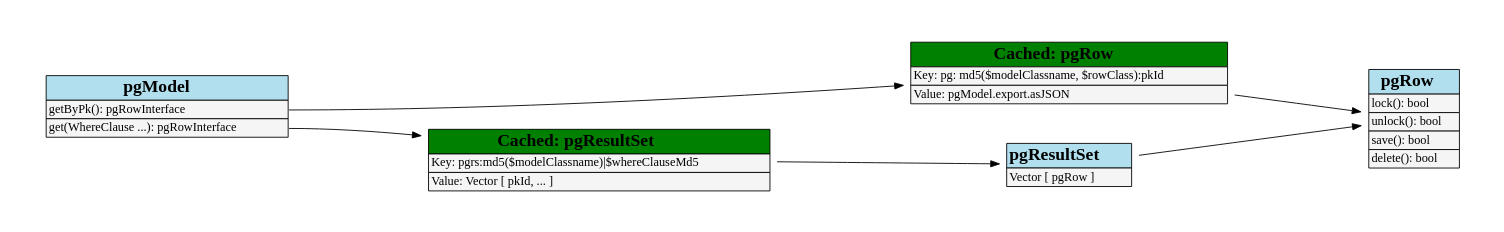
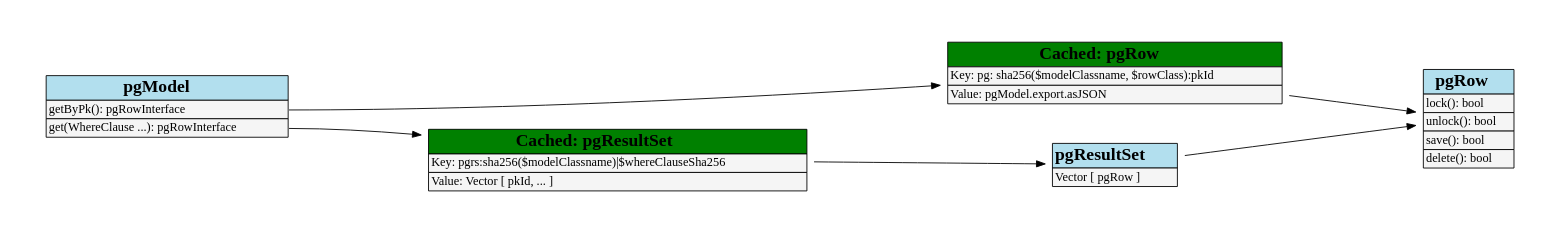
The diagram in docs/pg_data_workflow.dot (zynga/zynga-hacklang-framework), drawn with Graphviz before and after one commit. The commit also changed 7 other files, not shown here.

```diff
--- a/docs/pg_data_workflow.dot
+++ b/docs/pg_data_workflow.dot
@@ -1,63 +1,63 @@
 digraph {
     graph [pad="0.5", nodesep="0.5", ranksep="2"];
     node [shape=plain]
     rankdir=LR;
 
 
 pgModel [
 shape=none
 label=<
 <table border="0" cellborder="1" cellspacing="0">
  <tr><td bgcolor="lightblue2"><font face="Times-bold" point-size="20">pgModel</font></td></tr>
- <tr><td bgcolor="grey96" align="left" port="getByPk">getByPk(): pgRowInterface</td></tr> 
- <tr><td bgcolor="grey96" align="left" port="get">get(WhereClause ...): pgRowInterface</td></tr> 
+ <tr><td bgcolor="grey96" align="left" port="getByPk">getByPk(): pgRowInterface</td></tr>
+ <tr><td bgcolor="grey96" align="left" port="get">get(WhereClause ...): pgRowInterface</td></tr>
 </table>>];
 
 
 pgRow [
 shape=none
 label=<
 <table border="0" cellborder="1" cellspacing="0">
  <tr><td bgcolor="lightblue2"><font face="Times-bold" point-size="20">pgRow</font></td></tr>
- <tr><td bgcolor="grey96" align="left" port="lock">lock(): bool</td></tr> 
- <tr><td bgcolor="grey96" align="left" port="unlock">unlock(): bool</td></tr> 
- <tr><td bgcolor="grey96" align="left" port="save">save(): bool</td></tr>  
- <tr><td bgcolor="grey96" align="left" port="delete">delete(): bool</td></tr> 
+ <tr><td bgcolor="grey96" align="left" port="lock">lock(): bool</td></tr>
+ <tr><td bgcolor="grey96" align="left" port="unlock">unlock(): bool</td></tr>
+ <tr><td bgcolor="grey96" align="left" port="save">save(): bool</td></tr>
+ <tr><td bgcolor="grey96" align="left" port="delete">delete(): bool</td></tr>
 </table>>];
 
 pgResultSet [
 shape=none
 label=<
 <table border="0" cellborder="1" cellspacing="0">
  <tr><td bgcolor="lightblue2"><font face="Times-bold" point-size="20">pgResultSet</font></td></tr>
- <tr><td bgcolor="grey96" align="left" port="vector">Vector [ pgRow ]</td></tr> 
+ <tr><td bgcolor="grey96" align="left" port="vector">Vector [ pgRow ]</td></tr>
 </table>>];
 
 cachedPgRow [
 shape=none
 label=<
 <table border="0" cellborder="1" cellspacing="0">
  <tr><td bgcolor="green"><font face="Times-bold" point-size="20">Cached: pgRow</font></td></tr>
- <tr><td bgcolor="grey96" align="left" port="key">Key: pg: md5($modelClassname, $rowClass):pkId</td></tr>
+ <tr><td bgcolor="grey96" align="left" port="key">Key: pg: sha256($modelClassname, $rowClass):pkId</td></tr>
  <tr><td bgcolor="grey96" align="left" port="value">Value: pgModel.export.asJSON</td></tr>
 </table>>];
 
 
 cachedPgResultSet [
 shape=none
 label=<
 <table border="0" cellborder="1" cellspacing="0">
  <tr><td bgcolor="green"><font face="Times-bold" point-size="20">Cached: pgResultSet</font></td></tr>
- <tr><td bgcolor="grey96" align="left" port="delete">Key: pgrs:md5($modelClassname)|$whereClauseMd5</td></tr>
+ <tr><td bgcolor="grey96" align="left" port="delete">Key: pgrs:sha256($modelClassname)|$whereClauseSha256</td></tr>
  <tr><td bgcolor="grey96" align="left" port="delete">Value: Vector [ pkId, ... ]</td></tr>
 </table>>];
 
 pgModel:getByPk -> cachedPgRow;
 cachedPgRow -> pgRow;
 
 pgModel:get -> cachedPgResultSet;
 cachedPgResultSet -> pgResultSet;
 pgResultSet -> pgRow;
 
 
 }
```
